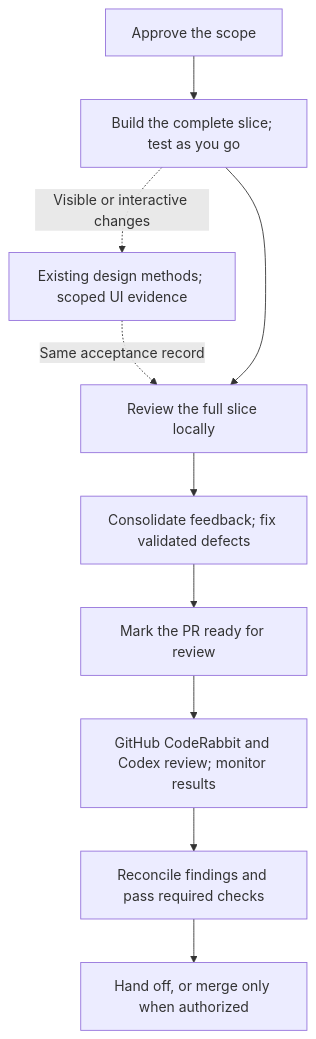
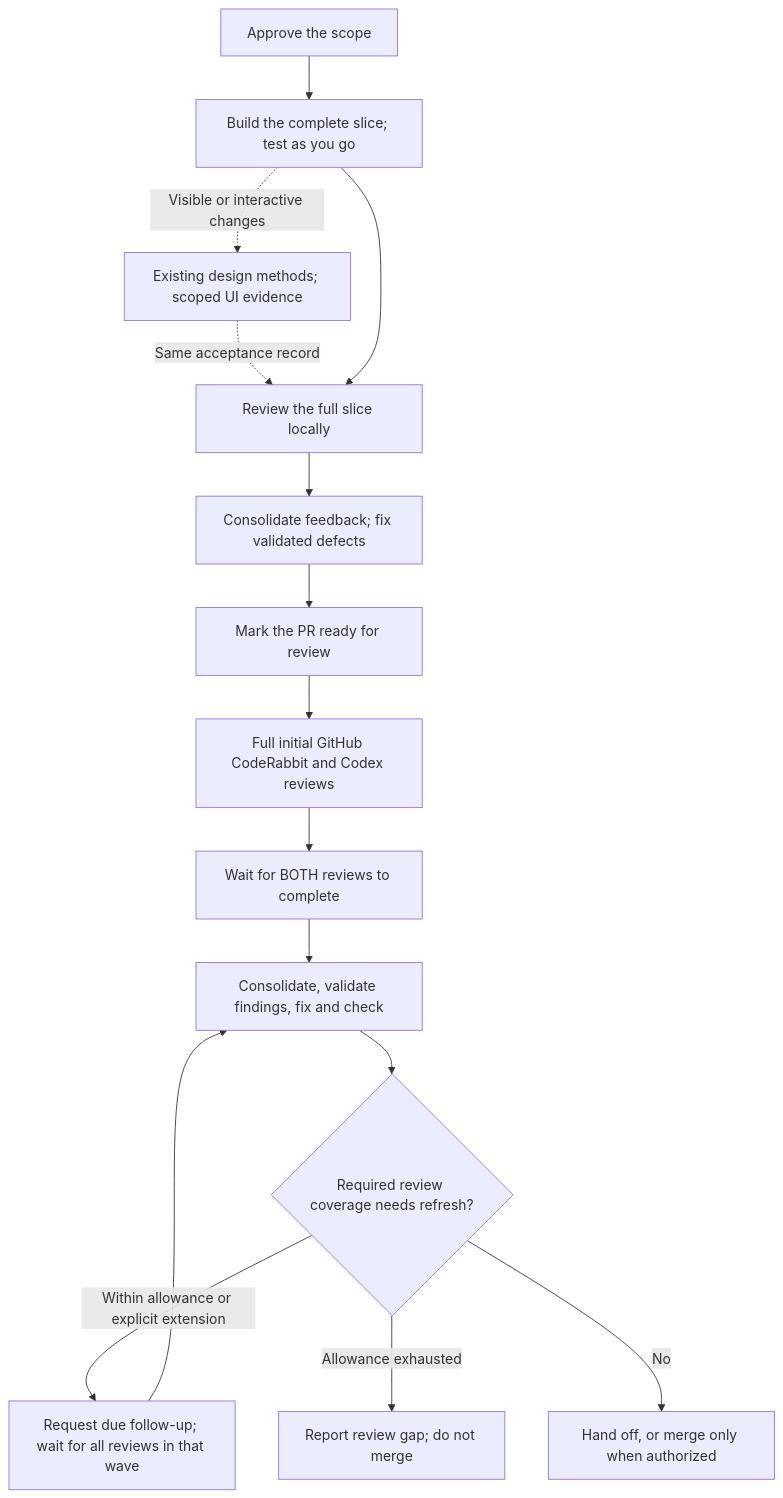
Before and after one commit to digitalpilipinas/rogemar-agent-toolkit: the diagram in README.md, drawn with Mermaid. The commit also changed other lines of this file and 20 other files, not shown here.

First line of the commit message:
Enforce bounded full cloud review convergence

````diff
--- a/README.md
+++ b/README.md
@@ -135,12 +135,17 @@
 ```mermaid
 flowchart TD
     plan["Approve the scope"] --> build["Build the complete slice; test as you go"]
     build -. "Visible or interactive changes" .-> ui["Existing design methods; scoped UI evidence"]
     ui -. "Same acceptance record" .-> local
     build --> local["Review the full slice locally"]
     local --> fixes["Consolidate feedback; fix validated defects"]
     fixes --> ready["Mark the PR ready for review"]
-    ready --> cloud["GitHub CodeRabbit and Codex review; monitor results"]
-    cloud --> finish["Reconcile findings and pass required checks"]
-    finish --> handoff["Hand off, or merge only when authorized"]
+    ready --> cloud["Full initial GitHub CodeRabbit and Codex reviews"]
+    cloud --> both["Wait for BOTH reviews to complete"]
+    both --> finish["Consolidate, validate findings, fix and check"]
+    finish --> due{"Required review coverage needs refresh?"}
+    due -->|"Within allowance or explicit extension"| follow["Request due follow-up; wait for all reviews in that wave"]
+    follow --> finish
+    due -->|"Allowance exhausted"| blocked["Report review gap; do not merge"]
+    due -->|"No"| handoff["Hand off, or merge only when authorized"]
 ```
````
